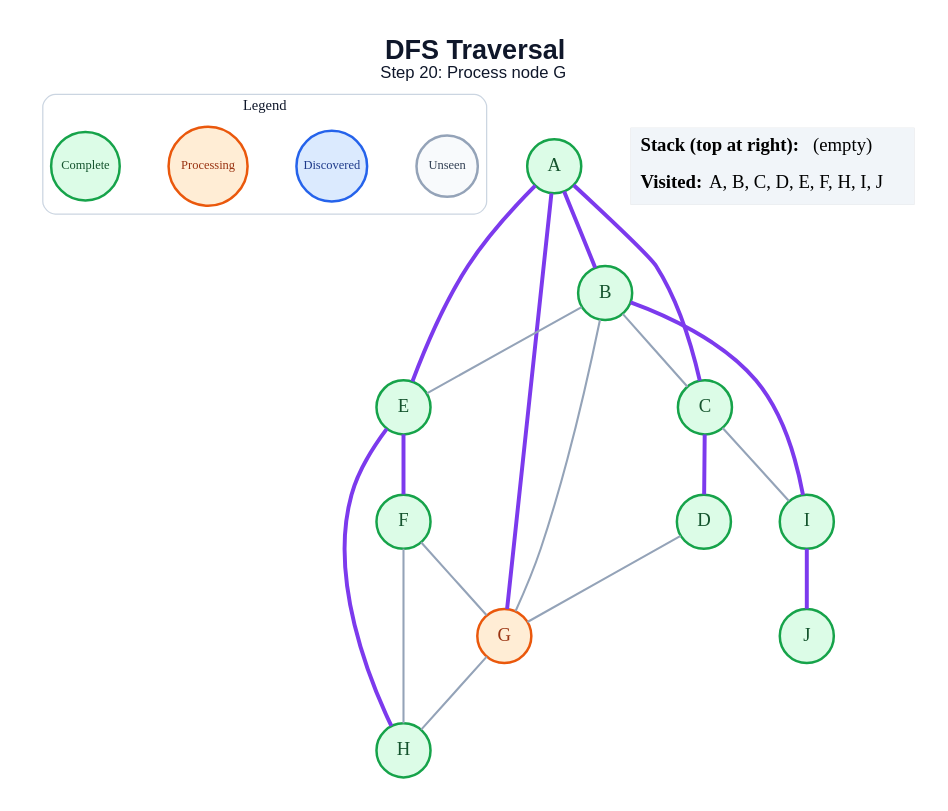
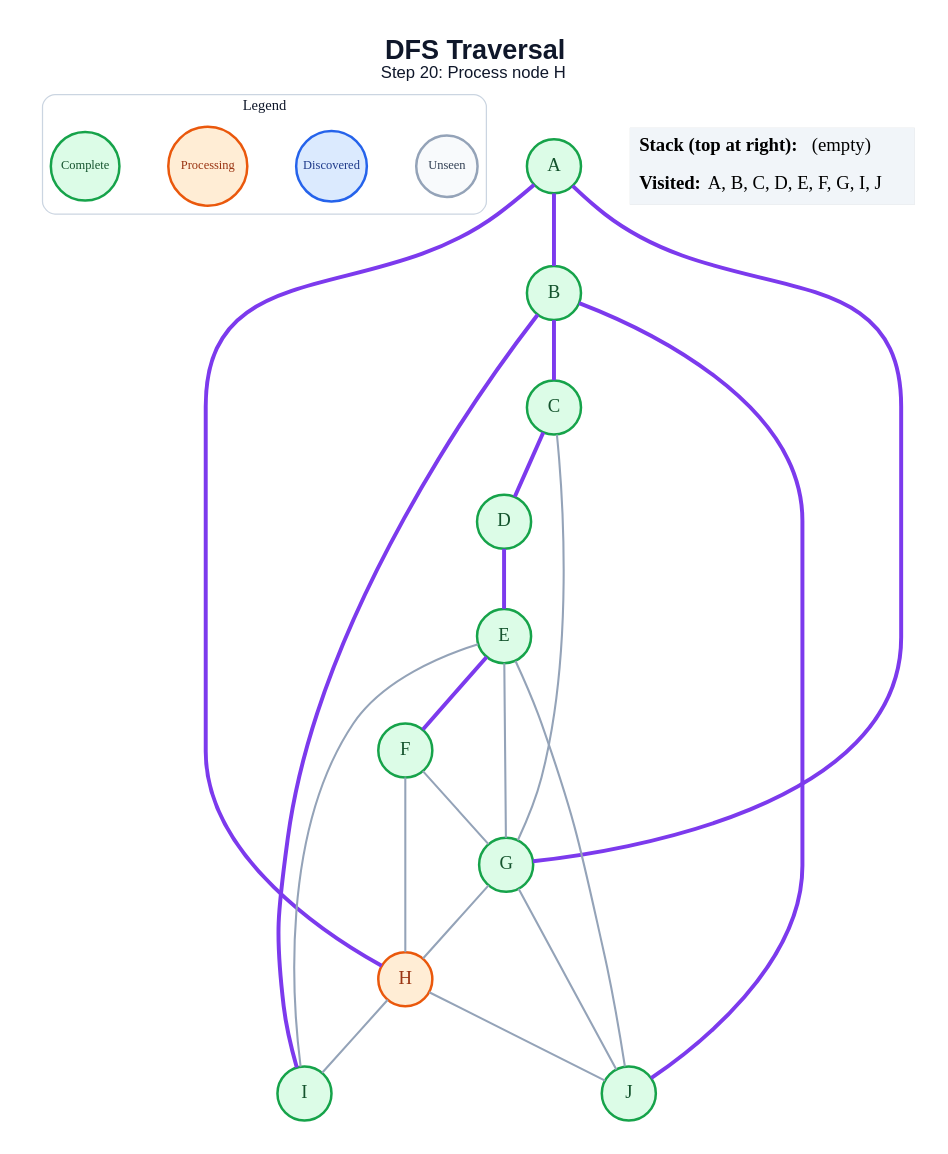
One commit to anon7238593-create/ai-slop changed the diagram in generated/dfs/step_20.dot. Above: the diagram before and after it, drawn with Graphviz. The commit also changed 178 other files, not shown here.

```diff
--- a/generated/dfs/step_20.dot
+++ b/generated/dfs/step_20.dot
@@ -1,46 +1,48 @@
 graph traversal {
   graph [layout=dot, rankdir=TB, bgcolor="#FFFFFF", pad="0.35", nodesep="0.65", ranksep="0.8", fontname="Arial"];
   node [shape=circle, style="filled", fontname="Arial Bold", fontsize=18, width=0.72, fixedsize=true, penwidth=2.4];
   edge [color="#94A3B8", penwidth=2.0];
-  label=<<B>DFS Traversal</B><BR/><FONT POINT-SIZE="16">Step 20: Process node G</FONT>>; labelloc="t"; fontsize=26; fontname="Arial"; fontcolor="#0F172A";
+  label=<<B>DFS Traversal</B><BR/><FONT POINT-SIZE="16">Step 20: Process node H</FONT>>; labelloc="t"; fontsize=26; fontname="Arial"; fontcolor="#0F172A";
   subgraph cluster_legend { label="Legend"; color="#CBD5E1"; penwidth=1.2; style="rounded"; fontsize=14; fontname="Arial Bold";
     key_unseen [label="Unseen", fillcolor="#F8FAFC", color="#94A3B8", fontcolor="#334155", fontsize=12, width=0.82];
     key_frontier [label="Discovered", fillcolor="#DBEAFE", color="#2563EB", fontcolor="#1E3A8A", fontsize=12, width=0.95];
     key_current [label="Processing", fillcolor="#FFEDD5", color="#EA580C", fontcolor="#9A3412", fontsize=12, width=1.05];
     key_done [label="Complete", fillcolor="#DCFCE7", color="#16A34A", fontcolor="#14532D", fontsize=12, width=0.92];
     { rank=same; key_unseen; key_frontier; key_current; key_done; }
   }
   A [fillcolor="#DCFCE7", color="#16A34A", fontcolor="#14532D"];
   B [fillcolor="#DCFCE7", color="#16A34A", fontcolor="#14532D"];
   C [fillcolor="#DCFCE7", color="#16A34A", fontcolor="#14532D"];
   D [fillcolor="#DCFCE7", color="#16A34A", fontcolor="#14532D"];
   E [fillcolor="#DCFCE7", color="#16A34A", fontcolor="#14532D"];
   F [fillcolor="#DCFCE7", color="#16A34A", fontcolor="#14532D"];
-  G [fillcolor="#FFEDD5", color="#EA580C", fontcolor="#9A3412"];
-  H [fillcolor="#DCFCE7", color="#16A34A", fontcolor="#14532D"];
+  G [fillcolor="#DCFCE7", color="#16A34A", fontcolor="#14532D"];
+  H [fillcolor="#FFEDD5", color="#EA580C", fontcolor="#9A3412"];
   I [fillcolor="#DCFCE7", color="#16A34A", fontcolor="#14532D"];
   J [fillcolor="#DCFCE7", color="#16A34A", fontcolor="#14532D"];
   A -- B [color="#7C3AED", penwidth=3.8];
-  A -- C [color="#7C3AED", penwidth=3.8];
-  A -- E [color="#7C3AED", penwidth=3.8];
   A -- G [color="#7C3AED", penwidth=3.8];
-  B -- C;
-  B -- E;
-  B -- G;
+  A -- H [color="#7C3AED", penwidth=3.8];
+  B -- C [color="#7C3AED", penwidth=3.8];
   B -- I [color="#7C3AED", penwidth=3.8];
+  B -- J [color="#7C3AED", penwidth=3.8];
   C -- D [color="#7C3AED", penwidth=3.8];
-  C -- I;
-  D -- G;
+  C -- G;
+  D -- E [color="#7C3AED", penwidth=3.8];
   E -- F [color="#7C3AED", penwidth=3.8];
-  E -- H [color="#7C3AED", penwidth=3.8];
+  E -- G;
+  E -- I;
+  E -- J;
   F -- G;
   F -- H;
   G -- H;
-  I -- J [color="#7C3AED", penwidth=3.8];
+  G -- J;
+  H -- I;
+  H -- J;
   status [shape=plain, fixedsize=false, width=0, height=0, margin=0, label=<
     <TABLE BORDER="0" CELLBORDER="0" CELLPADDING="7" BGCOLOR="#F1F5F9">
       <TR><TD ALIGN="LEFT"><B>Stack (top at right):</B> (empty)</TD></TR>
-      <TR><TD ALIGN="LEFT"><B>Visited:</B> A, B, C, D, E, F, H, I, J</TD></TR>
+      <TR><TD ALIGN="LEFT"><B>Visited:</B> A, B, C, D, E, F, G, I, J</TD></TR>
     </TABLE>
   >];
 }
```
